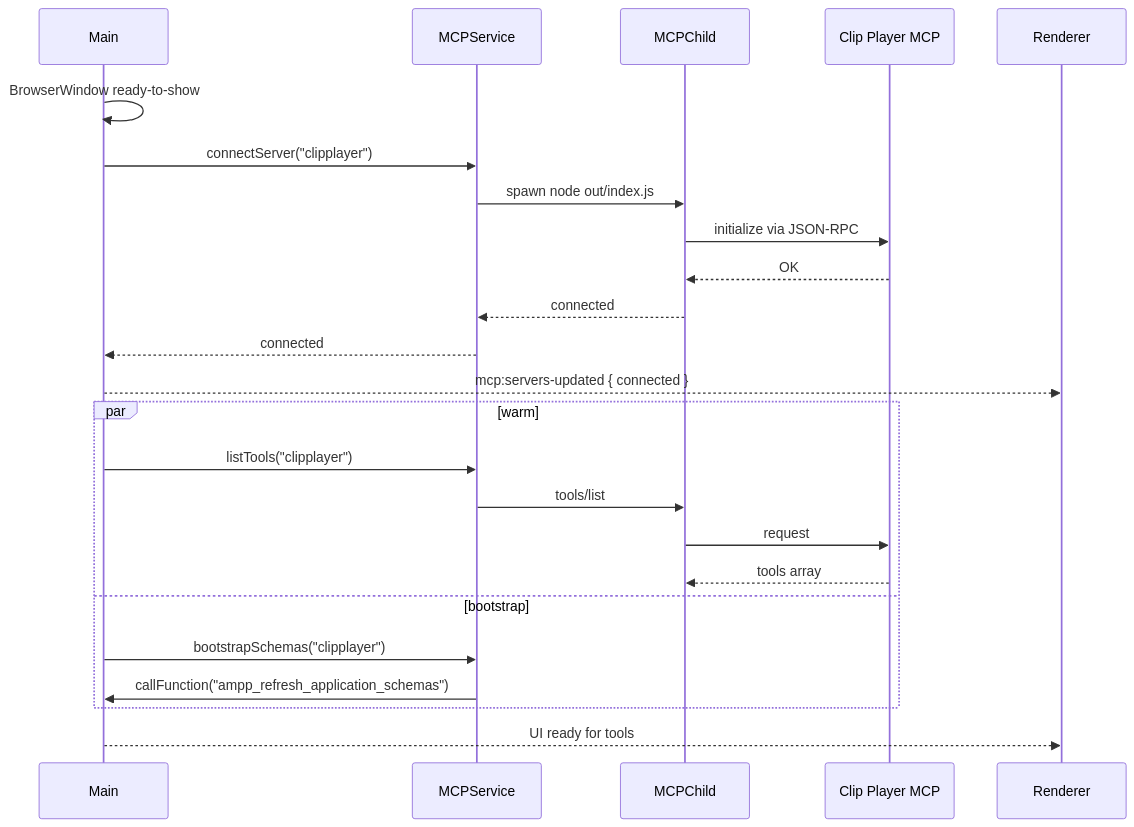
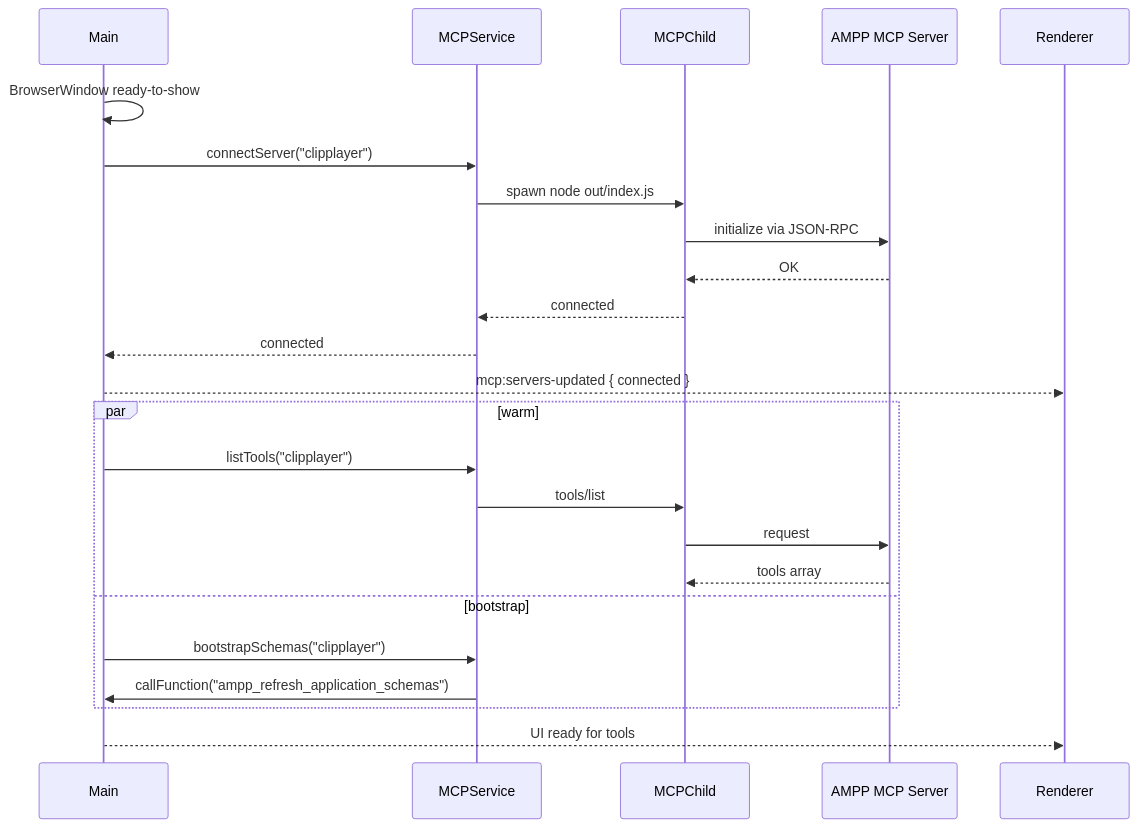
The fifth of 5 diagrams in docs/ARCHITECTURE.md (DJDodds/OctAIvius), drawn with Mermaid before and after one commit. The commit also changed other lines of this file and 50 other files, not shown here.

````diff
--- a/docs/ARCHITECTURE.md
+++ b/docs/ARCHITECTURE.md
@@ -129,27 +129,27 @@
 ```mermaid
 sequenceDiagram
   participant M as Main
   participant X as MCPService
   participant C as MCPChild
-  participant S as Clip Player MCP
+  participant S as AMPP MCP Server
   participant R as Renderer
 
   M->>M: BrowserWindow ready-to-show
   M->>X: connectServer("clipplayer")
   X->>C: spawn node out/index.js
   C->>S: initialize via JSON-RPC
   S-->>C: OK
   C-->>X: connected
   X-->>M: connected
   M-->>R: mcp:servers-updated { connected }
   par warm
     M->>X: listTools("clipplayer")
     X->>C: tools/list
     C->>S: request
     S-->>C: tools array
   and bootstrap
     M->>X: bootstrapSchemas("clipplayer")
     X->>M: callFunction("ampp_refresh_application_schemas")
   end
   M-->>R: UI ready for tools
 ```
````
